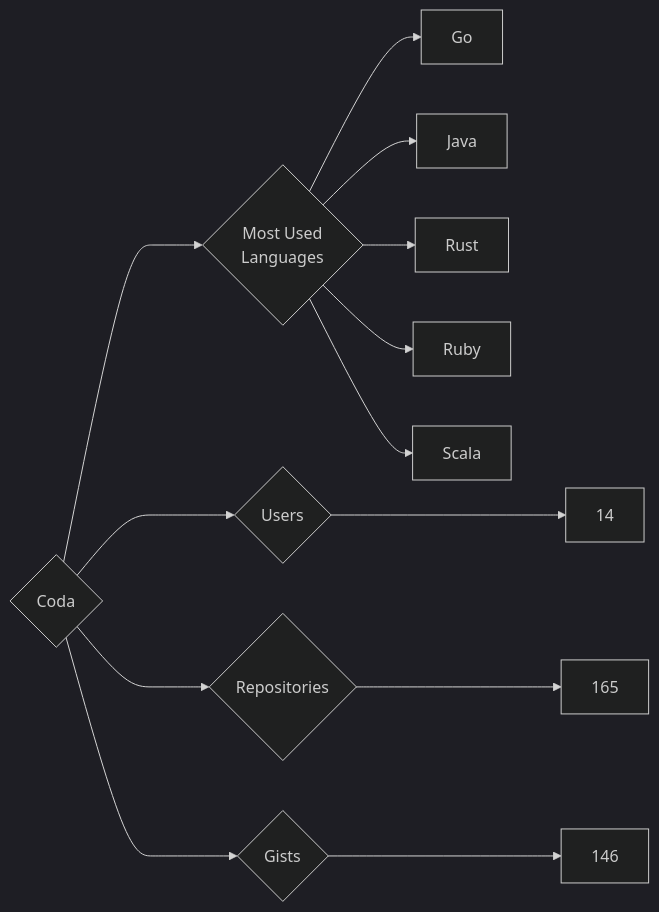
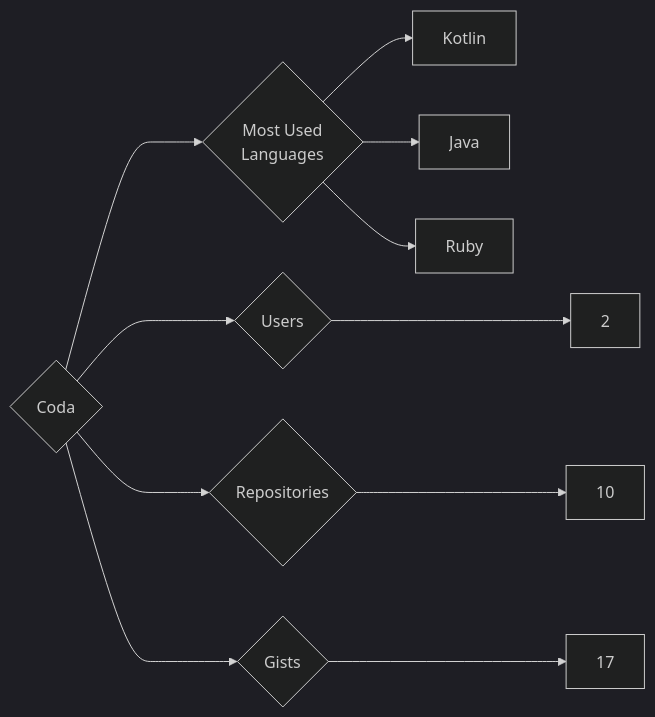
Before and after one commit to trickest/insiders: the diagram in targets/Coda/README.md, drawn with Mermaid (dark theme). The commit also changed 925 other files, not shown here.

````diff
--- a/targets/Coda/README.md
+++ b/targets/Coda/README.md
@@ -3,13 +3,11 @@
 ```mermaid
 graph LR
 COMPANY_NAME{Coda}
-COMPANY_NAME ---> U{Users} ---> UN[14]
-COMPANY_NAME ---> R{Repositories} ---> RN[165]
-COMPANY_NAME ---> G{Gists} ---> GN[146]
+COMPANY_NAME ---> U{Users} ---> UN[2]
+COMPANY_NAME ---> R{Repositories} ---> RN[10]
+COMPANY_NAME ---> G{Gists} ---> GN[17]
 COMPANY_NAME ---> ML{Most Used<br>Languages}
-ML --> Go[Go]
+ML --> Kotlin[Kotlin]
 ML --> Java[Java]
-ML --> Rust[Rust]
 ML --> Ruby[Ruby]
-ML --> Scala[Scala]
 ```
````
